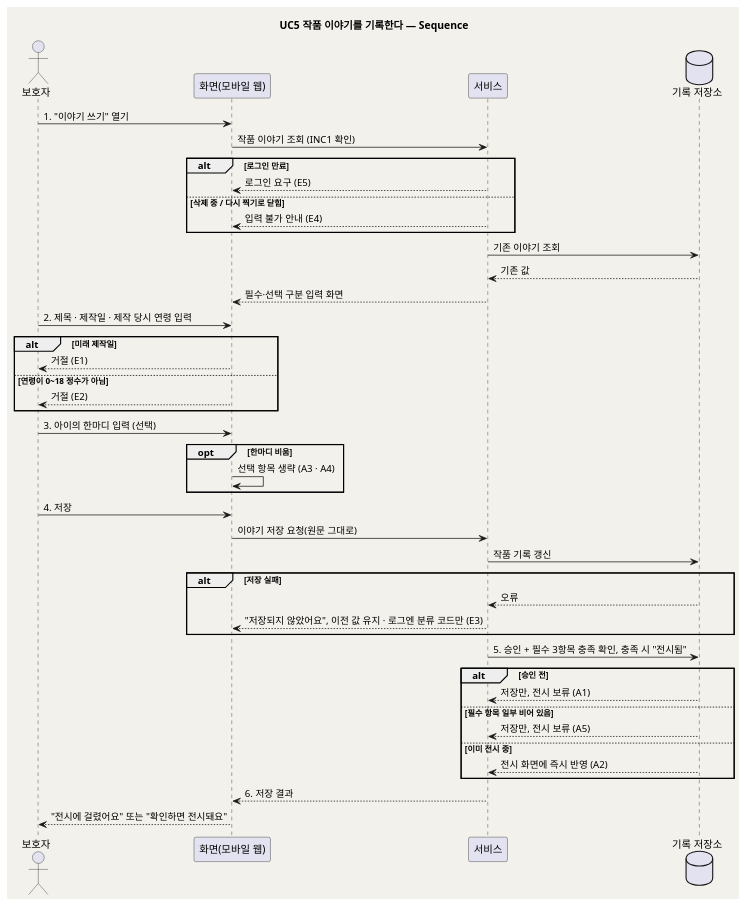
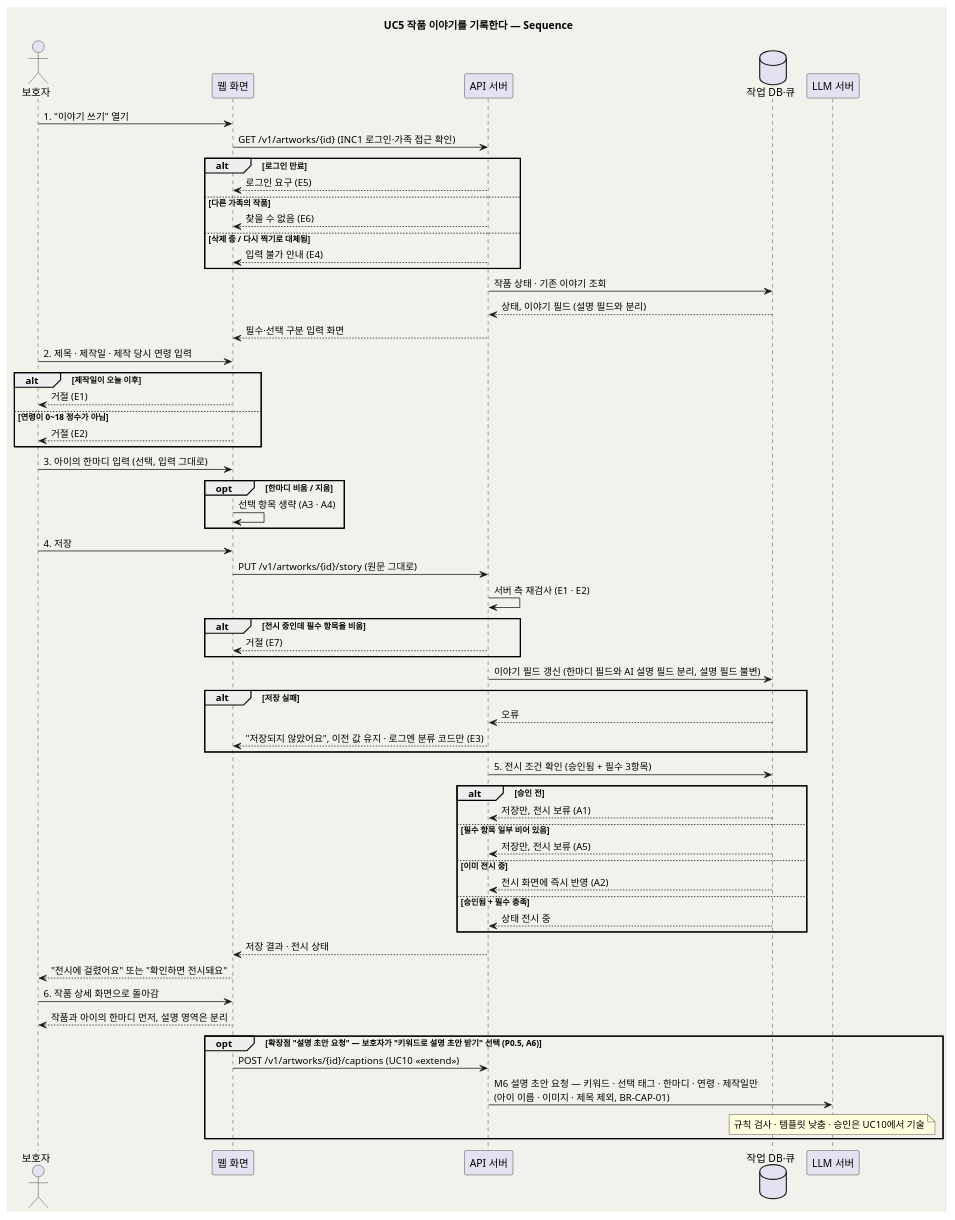
The second of 2 diagrams in design/UC_05_작품이야기기록.md (kids-gallery/uri-gallery), drawn with PlantUML before and after one commit. The commit also changed other lines of this file and 23 other files, not shown here.

````diff
--- a/design/UC_05_작품이야기기록.md
+++ b/design/UC_05_작품이야기기록.md
@@ -157,55 +175,72 @@
 ```plantuml
-@startuml seq_family_gallery_05
+@startuml seq_our_child_gallery_05
 skinparam backgroundColor #F3F1EB
 skinparam shadowing false
 title UC5 작품 이야기를 기록한다 — Sequence
 
 actor "보호자" as Parent
-participant "화면(모바일 웹)" as UI
-participant "서비스" as SVC
-database "기록 저장소" as DB
+participant "웹 화면" as UI
+participant "API 서버" as API
+database "작업 DB·큐" as DB
+participant "LLM 서버" as LLM
 
 Parent -> UI : 1. "이야기 쓰기" 열기
-UI -> SVC : 작품 이야기 조회 (INC1 확인)
+UI -> API : GET /v1/artworks/{id} (INC1 로그인·가족 접근 확인)
 alt 로그인 만료
-  SVC --> UI : 로그인 요구 (E5)
-else 삭제 중 / 다시 찍기로 닫힘
-  SVC --> UI : 입력 불가 안내 (E4)
+  API --> UI : 로그인 요구 (E5)
+else 다른 가족의 작품
+  API --> UI : 찾을 수 없음 (E6)
+else 삭제 중 / 다시 찍기로 대체됨
+  API --> UI : 입력 불가 안내 (E4)
 end
-SVC -> DB : 기존 이야기 조회
-DB --> SVC : 기존 값
-SVC --> UI : 필수·선택 구분 입력 화면
+API -> DB : 작품 상태 · 기존 이야기 조회
+DB --> API : 상태, 이야기 필드 (설명 필드와 분리)
+API --> UI : 필수·선택 구분 입력 화면
 
 Parent -> UI : 2. 제목 · 제작일 · 제작 당시 연령 입력
-alt 미래 제작일
+alt 제작일이 오늘 이후
   UI --> Parent : 거절 (E1)
 else 연령이 0~18 정수가 아님
   UI --> Parent : 거절 (E2)
 end
 
-Parent -> UI : 3. 아이의 한마디 입력 (선택)
-opt 한마디 비움
+Parent -> UI : 3. 아이의 한마디 입력 (선택, 입력 그대로)
+opt 한마디 비움 / 지움
   UI -> UI : 선택 항목 생략 (A3 · A4)
 end
 
 Parent -> UI : 4. 저장
-UI -> SVC : 이야기 저장 요청(원문 그대로)
-SVC -> DB : 작품 기록 갱신
+UI -> API : PUT /v1/artworks/{id}/story (원문 그대로)
+API -> API : 서버 측 재검사 (E1 · E2)
+alt 전시 중인데 필수 항목을 비움
+  API --> UI : 거절 (E7)
+end
+API -> DB : 이야기 필드 갱신 (한마디 필드와 AI 설명 필드 분리, 설명 필드 불변)
 alt 저장 실패
-  DB --> SVC : 오류
-  SVC --> UI : "저장되지 않았어요", 이전 값 유지 · 로그엔 분류 코드만 (E3)
+  DB --> API : 오류
+  API --> UI : "저장되지 않았어요", 이전 값 유지 · 로그엔 분류 코드만 (E3)
 end
 
-SVC -> DB : 5. 승인 + 필수 3항목 충족 확인, 충족 시 "전시됨"
+API -> DB : 5. 전시 조건 확인 (승인됨 + 필수 3항목)
 alt 승인 전
-  DB --> SVC : 저장만, 전시 보류 (A1)
+  DB --> API : 저장만, 전시 보류 (A1)
 else 필수 항목 일부 비어 있음
-  DB --> SVC : 저장만, 전시 보류 (A5)
+  DB --> API : 저장만, 전시 보류 (A5)
 else 이미 전시 중
-  DB --> SVC : 전시 화면에 즉시 반영 (A2)
+  DB --> API : 전시 화면에 즉시 반영 (A2)
+else 승인됨 + 필수 충족
+  DB --> API : 상태 전시 중
 end
+API --> UI : 저장 결과 · 전시 상태
+UI --> Parent : "전시에 걸렸어요" 또는 "확인하면 전시돼요"
 
-SVC --> UI : 6. 저장 결과
-UI --> Parent : "전시에 걸렸어요" 또는 "확인하면 전시돼요"
+Parent -> UI : 6. 작품 상세 화면으로 돌아감
+UI --> Parent : 작품과 아이의 한마디 먼저, 설명 영역은 분리
+
+opt 확장점 "설명 초안 요청" — 보호자가 "키워드로 설명 초안 받기" 선택 (P0.5, A6)
+  UI -> API : POST /v1/artworks/{id}/captions (UC10 «extend»)
+  API -> LLM : M6 설명 초안 요청 — 키워드 · 선택 태그 · 한마디 · 연령 · 제작일만\n(아이 이름 · 이미지 · 제목 제외, BR-CAP-01)
+  note over LLM : 규칙 검사 · 템플릿 낮춤 · 승인은 UC10에서 기술
+end
 @enduml
 ```
````
